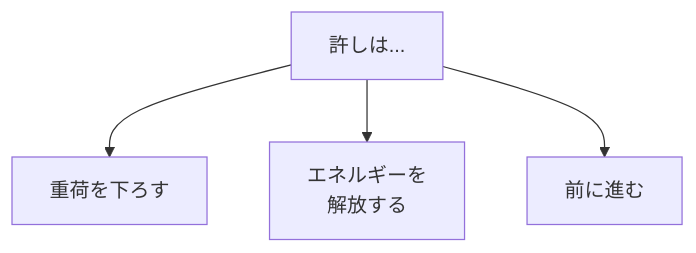
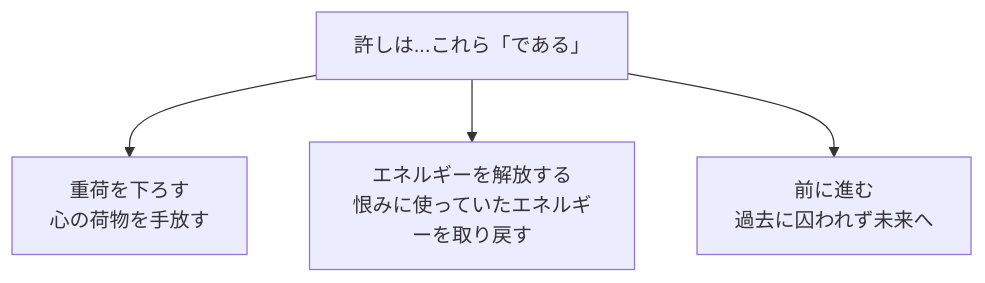
The second of 3 diagrams in content/blog/299-forgiveness-letting-go-freedom.md (tndg16-bot/portfolio-site), drawn with Mermaid before and after one commit. The commit also changed other lines of this file and 19 other files, not shown here.

````diff
--- a/content/blog/299-forgiveness-letting-go-freedom.md
+++ b/content/blog/299-forgiveness-letting-go-freedom.md
@@ -49,7 +41,7 @@
 ```mermaid
 graph TD
-    A[許しは...]
-    A --> B[重荷を下ろす]
-    A --> C[エネルギーを<br/>解放する]
-    A --> D[前に進む]
+    A[許しは...これら「である」]
+    A --> B[重荷を下ろす<br/>心の荷物を手放す]
+    A --> C[エネルギーを解放する<br/>恨みに使っていたエネルギーを取り戻す]
+    A --> D[前に進む<br/>過去に囚われず未来へ]
 ```
````
